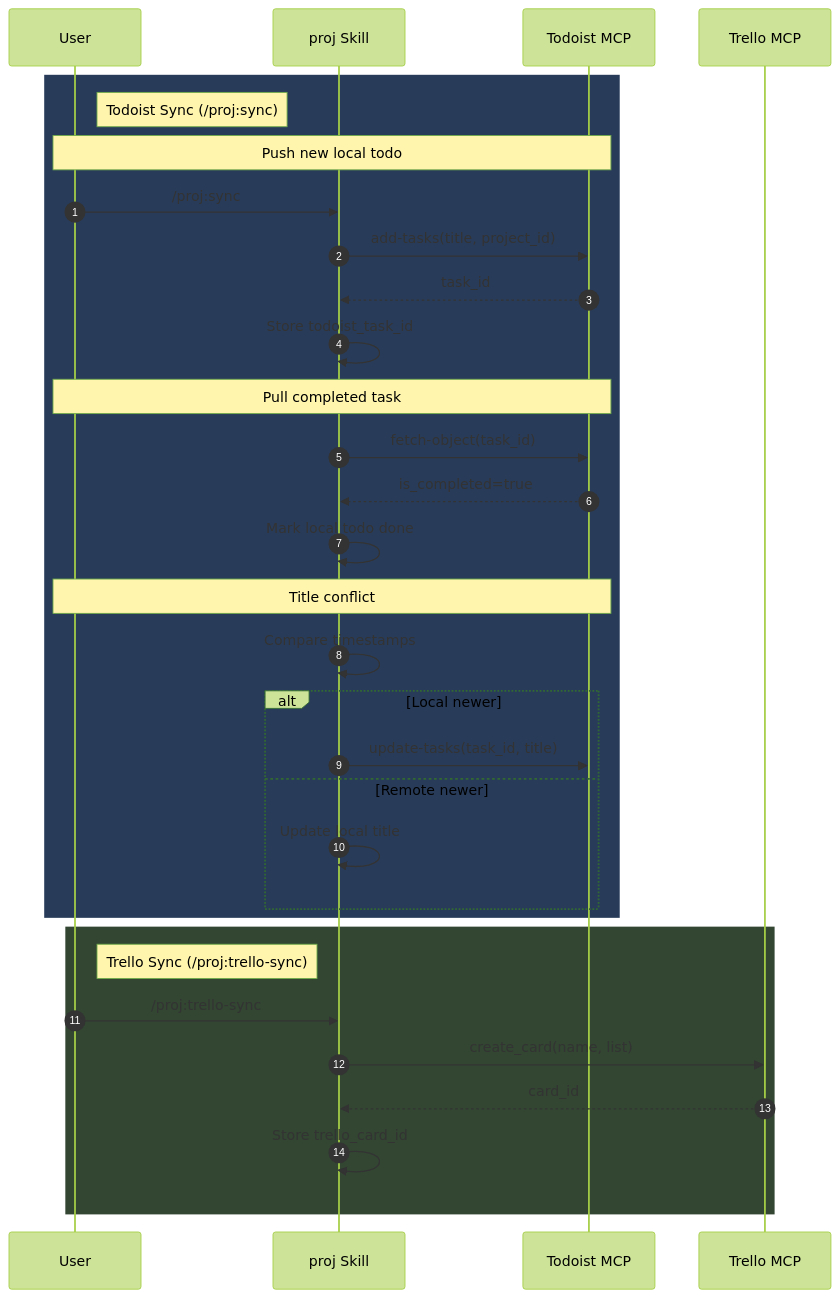
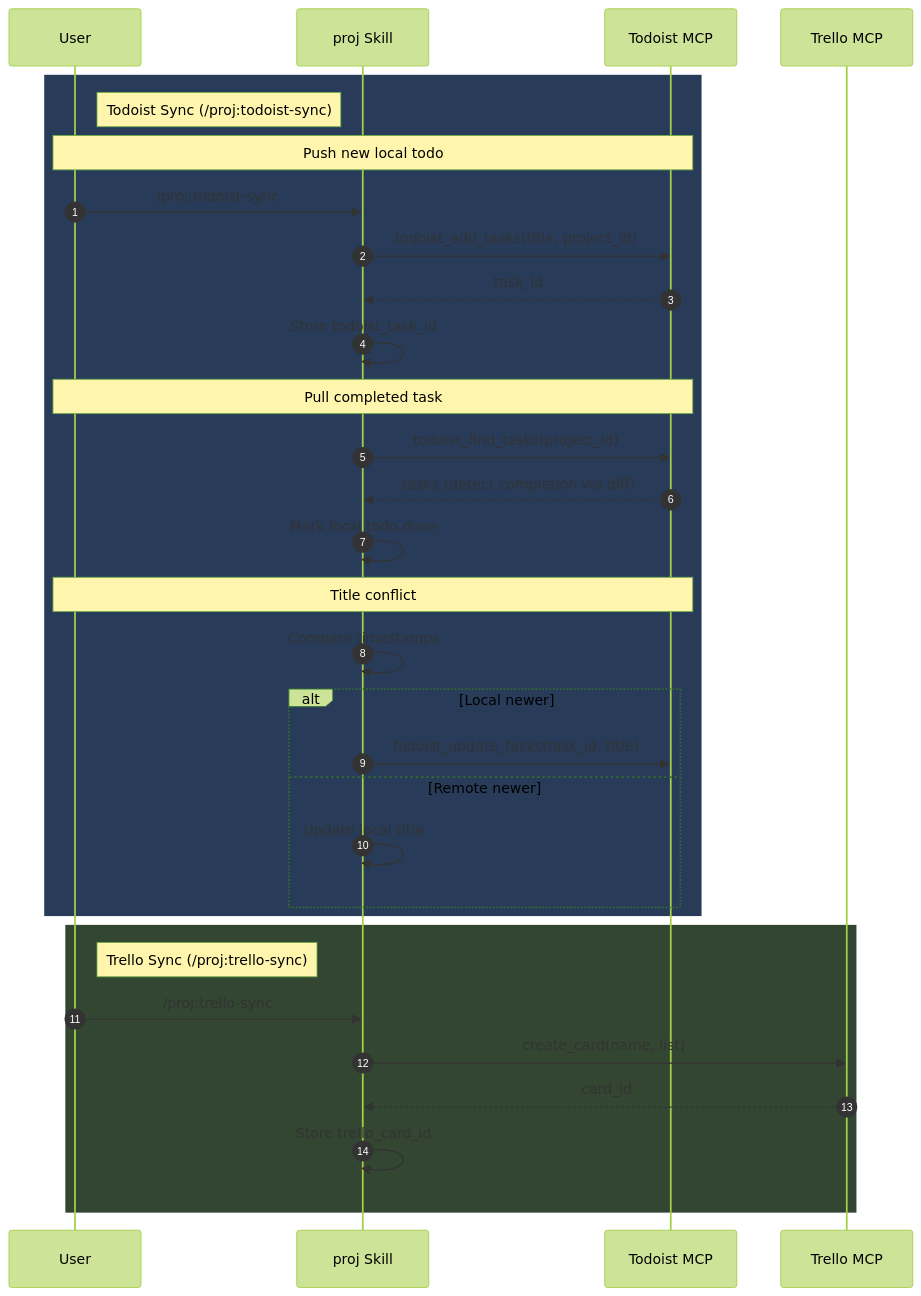
Before and after one commit to raulfrk/claude-project-manager: the fifth of 6 diagrams in README.md, drawn with Mermaid (forest theme). The commit also changed other lines of this file and 155 other files, not shown here.

````diff
--- a/README.md
+++ b/README.md
@@ -379,40 +379,40 @@
 ```mermaid
 sequenceDiagram
     autonumber
     participant U as User
     participant S as proj Skill
     participant TdM as Todoist MCP
     participant TrM as Trello MCP
 
     rect rgb(40, 60, 90)
-        note right of U: Todoist Sync (/proj:sync)
+        note right of U: Todoist Sync (/proj:todoist-sync)
 
         note over U,TdM: Push new local todo
-        U->>S: /proj:sync
-        S->>TdM: add-tasks(title, project_id)
+        U->>S: /proj:todoist-sync
+        S->>TdM: todoist_add_tasks(title, project_id)
         TdM-->>S: task_id
         S->>S: Store todoist_task_id
 
         note over U,TdM: Pull completed task
-        S->>TdM: fetch-object(task_id)
-        TdM-->>S: is_completed=true
+        S->>TdM: todoist_find_tasks(project_id)
+        TdM-->>S: tasks (detect completion via diff)
         S->>S: Mark local todo done
 
         note over U,TdM: Title conflict
         S->>S: Compare timestamps
         alt Local newer
-            S->>TdM: update-tasks(task_id, title)
+            S->>TdM: todoist_update_tasks(task_id, title)
         else Remote newer
             S->>S: Update local title
         end
     end
 
     rect rgb(50, 70, 50)
         note right of U: Trello Sync (/proj:trello-sync)
 
         U->>S: /proj:trello-sync
         S->>TrM: create_card(name, list)
         TrM-->>S: card_id
         S->>S: Store trello_card_id
     end
 ```
````
